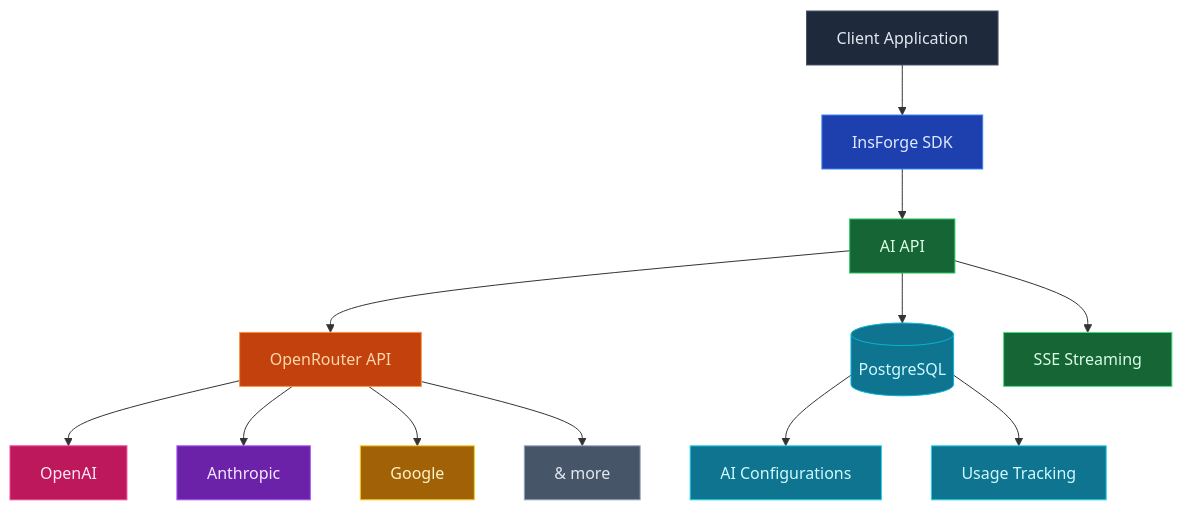
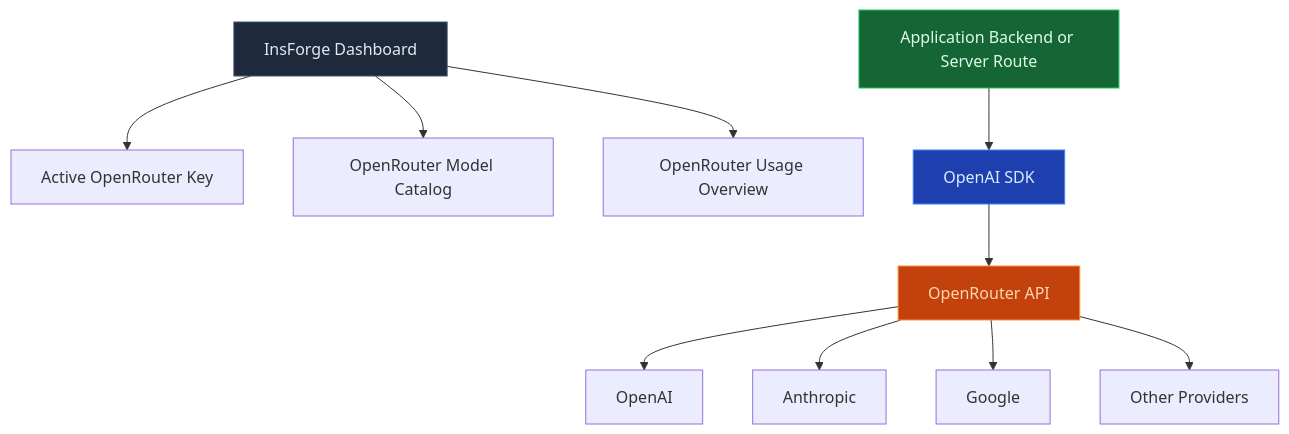
Before and after one commit to InsForge/InsForge: the diagram in docs/core-concepts/ai/architecture.mdx, drawn with Mermaid. The commit also changed other lines of this file and 10 other files, not shown here.

````diff
--- a/docs/core-concepts/ai/architecture.mdx
+++ b/docs/core-concepts/ai/architecture.mdx
@@ -12,31 +14,19 @@
 ```mermaid
 graph TB
-    Client[Client Application] --> SDK[InsForge SDK]
-    SDK --> AIAPI[AI API]
+    Dashboard[InsForge Dashboard] --> Key[Active OpenRouter Key]
+    Dashboard --> Catalog[OpenRouter Model Catalog]
+    Dashboard --> Metrics[OpenRouter Usage Overview]
 
-    AIAPI --> OpenRouter[OpenRouter API]
-    AIAPI --> DB[(PostgreSQL)]
+    App[Application Backend or Server Route] --> SDK[OpenAI SDK]
+    SDK --> OpenRouter[OpenRouter API]
 
     OpenRouter --> OpenAI[OpenAI]
     OpenRouter --> Anthropic[Anthropic]
     OpenRouter --> Google[Google]
-    OpenRouter --> More[& more]
+    OpenRouter --> More[Other Providers]
 
-    DB --> Config[AI Configurations]
-    DB --> Usage[Usage Tracking]
-
-    AIAPI --> Stream[SSE Streaming]
-
-    style Client fill:#1e293b,stroke:#475569,color:#e2e8f0
+    style Dashboard fill:#1e293b,stroke:#475569,color:#e2e8f0
+    style App fill:#166534,stroke:#22c55e,color:#dcfce7
     style SDK fill:#1e40af,stroke:#3b82f6,color:#dbeafe
-    style AIAPI fill:#166534,stroke:#22c55e,color:#dcfce7
     style OpenRouter fill:#c2410c,stroke:#fb923c,color:#fed7aa
-    style DB fill:#0e7490,stroke:#06b6d4,color:#cffafe
-    style OpenAI fill:#be185d,stroke:#ec4899,color:#fce7f3
-    style Anthropic fill:#6b21a8,stroke:#a855f7,color:#f3e8ff
-    style Google fill:#a16207,stroke:#facc15,color:#fef3c7
-    style More fill:#475569,stroke:#94a3b8,color:#e2e8f0
-    style Config fill:#0e7490,stroke:#22d3ee,color:#cffafe
-    style Usage fill:#0e7490,stroke:#22d3ee,color:#cffafe
-    style Stream fill:#166534,stroke:#4ade80,color:#dcfce7
 ```
````
